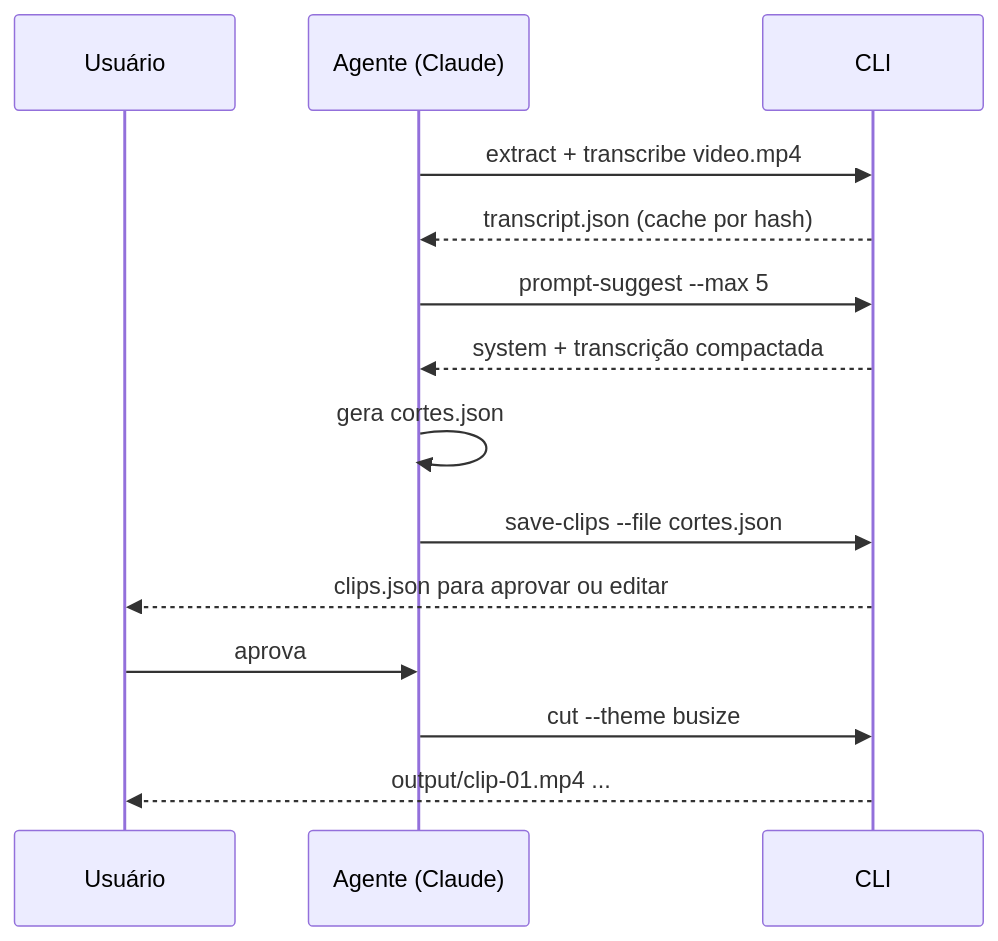
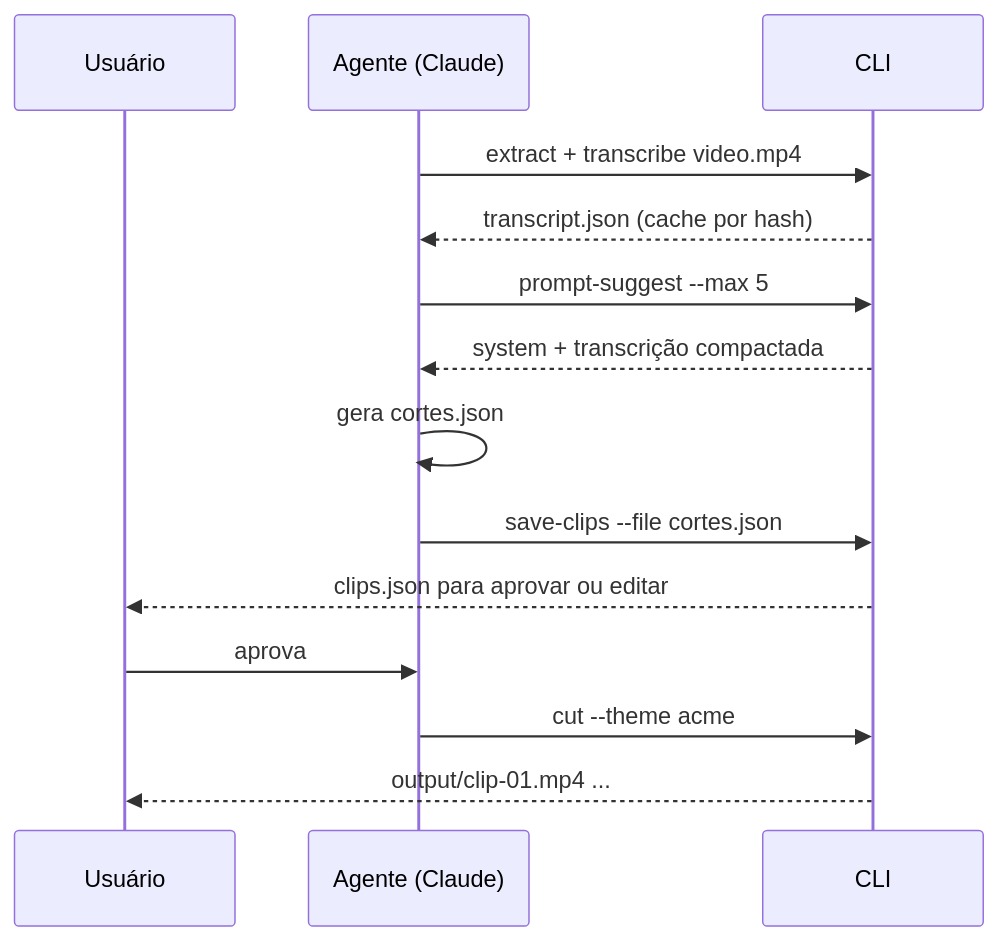
The first of 2 diagrams in sdd/spec/flows.md (nathanramorim/reel-studio), drawn with Mermaid before and after one commit. The commit also changed other lines of this file and 46 other files, not shown here.

````diff
--- a/sdd/spec/flows.md
+++ b/sdd/spec/flows.md
@@ -4,16 +4,16 @@
 ```mermaid
 sequenceDiagram
   participant U as Usuário
   participant A as Agente (Claude)
   participant C as CLI
   A->>C: extract + transcribe video.mp4
   C-->>A: transcript.json (cache por hash)
   A->>C: prompt-suggest --max 5
   C-->>A: system + transcrição compactada
   A->>A: gera cortes.json
   A->>C: save-clips --file cortes.json
   C-->>U: clips.json para aprovar ou editar
   U->>A: aprova
-  A->>C: cut --theme busize
+  A->>C: cut --theme acme
   C-->>U: output/clip-01.mp4 ...
 ```
````
